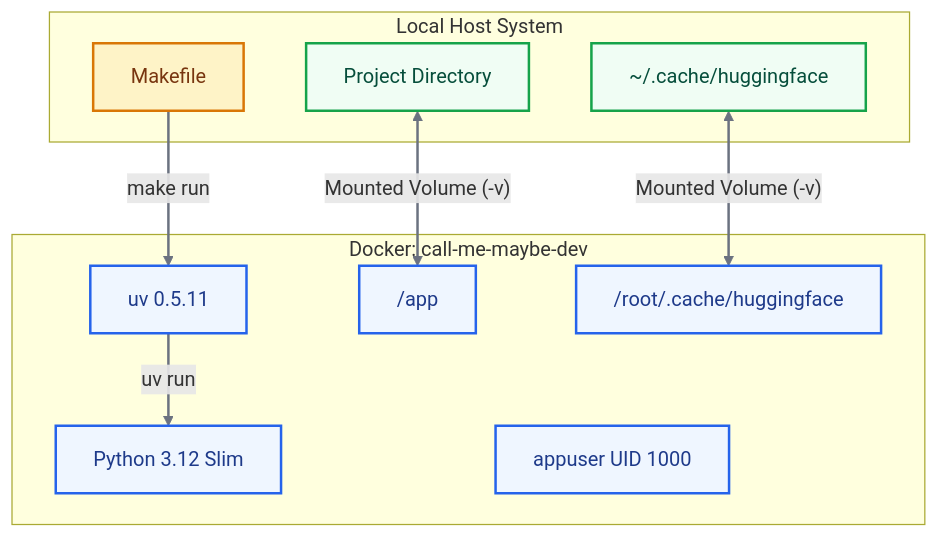
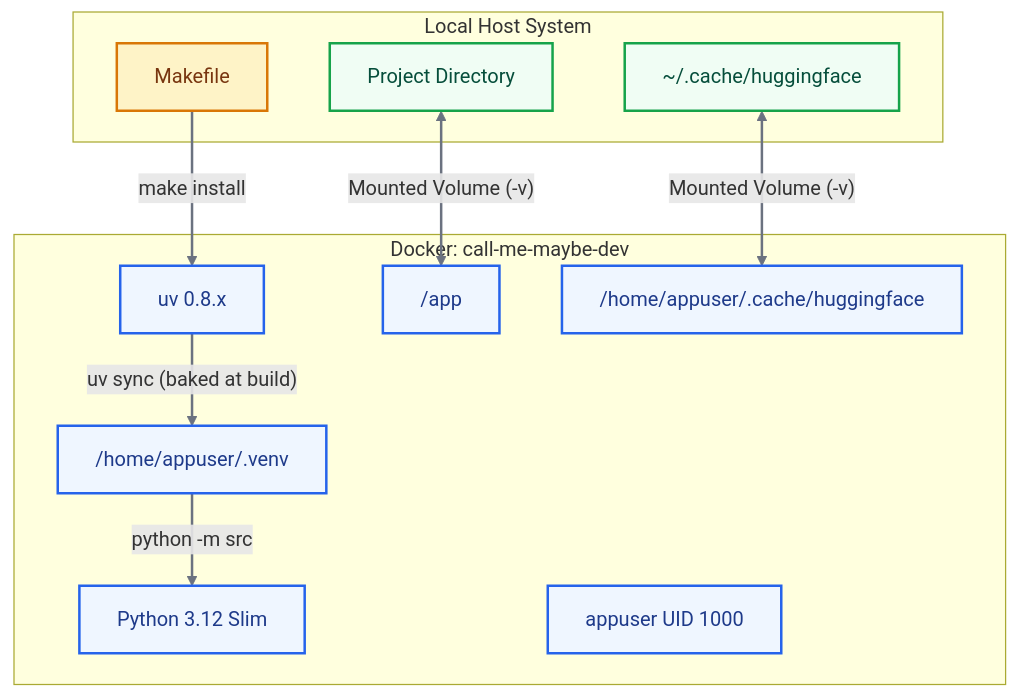
Before and after one commit to agalvan-dc/Call-Me-Maybe: the second of 2 diagrams in README.md, drawn with Mermaid. The commit also changed other lines of this file and 11 other files, not shown here.

````diff
--- a/README.md
+++ b/README.md
@@ -120,29 +129,29 @@
 ```mermaid
 graph TD
     classDef host fill:#f0fdf4,stroke:#16a34a,stroke-width:2px,color:#064e3b;
     classDef container fill:#eff6ff,stroke:#2563eb,stroke-width:2px,color:#1e3a8a;
     classDef tool fill:#fef3c7,stroke:#d97706,stroke-width:2px,color:#78350f;
 
     subgraph HostSystem["Local Host System"]
         HostDIR["Project Directory"]:::host
         HostCache["~/.cache/huggingface"]:::host
         Makefile["Makefile"]:::tool
     end
 
     subgraph DockerContainer["Docker: call-me-maybe-dev"]
         Python["Python 3.12 Slim"]:::container
-        UV["uv 0.5.11"]:::container
+        UV["uv 0.8.x"]:::container
         AppUser["appuser UID 1000"]:::container
         AppDIR["/app"]:::container
-        ContainerCache["/root/.cache/huggingface"]:::container
+        Venv["/home/appuser/.venv"]:::container
+        ContainerCache["/home/appuser/.cache/huggingface"]:::container
     end
 
     HostDIR <-->|"Mounted Volume (-v)"| AppDIR
     HostCache <-->|"Mounted Volume (-v)"| ContainerCache
-    Makefile -->|"make run"| UV
-    UV -->|"uv run"| Python
+    Makefile -->|"make install"| UV
+    UV -->|"uv sync (baked at build)"| Venv
+    Venv -->|"python -m src"| Python
 
     linkStyle default stroke:#6b7280,stroke-width:2px;
-
-
 ```
````
